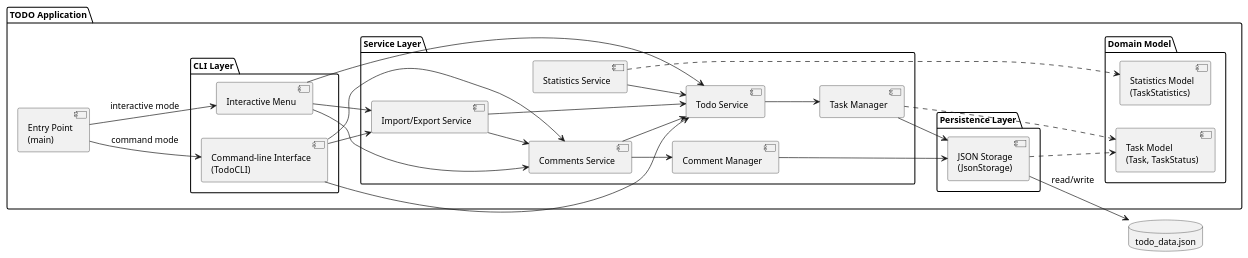
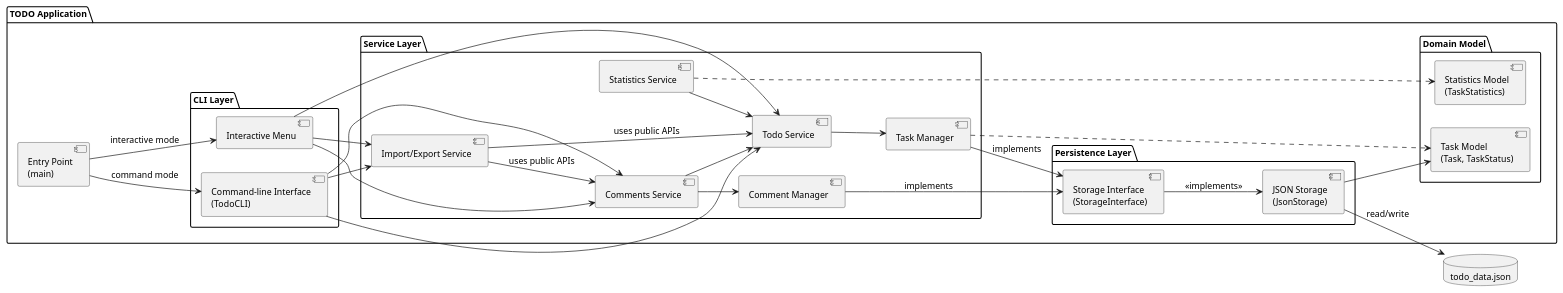
One commit to DanielRiha8906/Software_autoevolution_using_agents changed the diagram in experiments/supervisor_as_tools/test_driven/TODO/artifacts/component_diagram.puml. Above: the diagram before and after it, drawn with PlantUML. The commit also changed 10 other files, not shown here.

```diff
--- a/experiments/supervisor_as_tools/test_driven/TODO/artifacts/component_diagram.puml
+++ b/experiments/supervisor_as_tools/test_driven/TODO/artifacts/component_diagram.puml
@@ -1,62 +1,64 @@
 @startuml component_diagram
 
 skinparam componentStyle uml2
 skinparam defaultFontSize 13
 
 left to right direction
 
 package "TODO Application" {
 
     component "Entry Point\n(main)" as Main
 
     package "CLI Layer" {
         component "Interactive Menu" as IM
         component "Command-line Interface\n(TodoCLI)" as CLI
     }
 
     package "Service Layer" {
         component "Todo Service" as SVC
         component "Task Manager" as MGR
         component "Comments Service" as CSVC
         component "Comment Manager" as CMGR
         component "Statistics Service" as SSVC
         component "Import/Export Service" as IEXVC
     }
 
     package "Domain Model" {
         component "Task Model\n(Task, TaskStatus)" as Model
         component "Statistics Model\n(TaskStatistics)" as StatsModel
     }
 
     package "Persistence Layer" {
+        component "Storage Interface\n(StorageInterface)" as StorageInterface
         component "JSON Storage\n(JsonStorage)" as Storage
     }
 }
 
 database "todo_data.json" as DB
 
 Main --> IM : interactive mode
 Main --> CLI : command mode
 
 IM --> SVC
 IM --> CSVC
 IM --> IEXVC
 CLI --> SVC
 CLI --> CSVC
 CLI --> IEXVC
 
 SVC --> MGR
 CSVC --> SVC
 CSVC --> CMGR
 SSVC --> SVC
-IEXVC --> SVC
-IEXVC --> CSVC
-MGR --> Storage
-CMGR --> Storage
+IEXVC --> SVC : uses public APIs
+IEXVC --> CSVC : uses public APIs
+MGR --> StorageInterface : implements
+CMGR --> StorageInterface : implements
+StorageInterface --> Storage : <<implements>>
 MGR ..> Model
 SSVC ..> StatsModel
-Storage ..> Model
+Storage --> Model
 
 Storage --> DB : read/write
 
 @enduml
```
